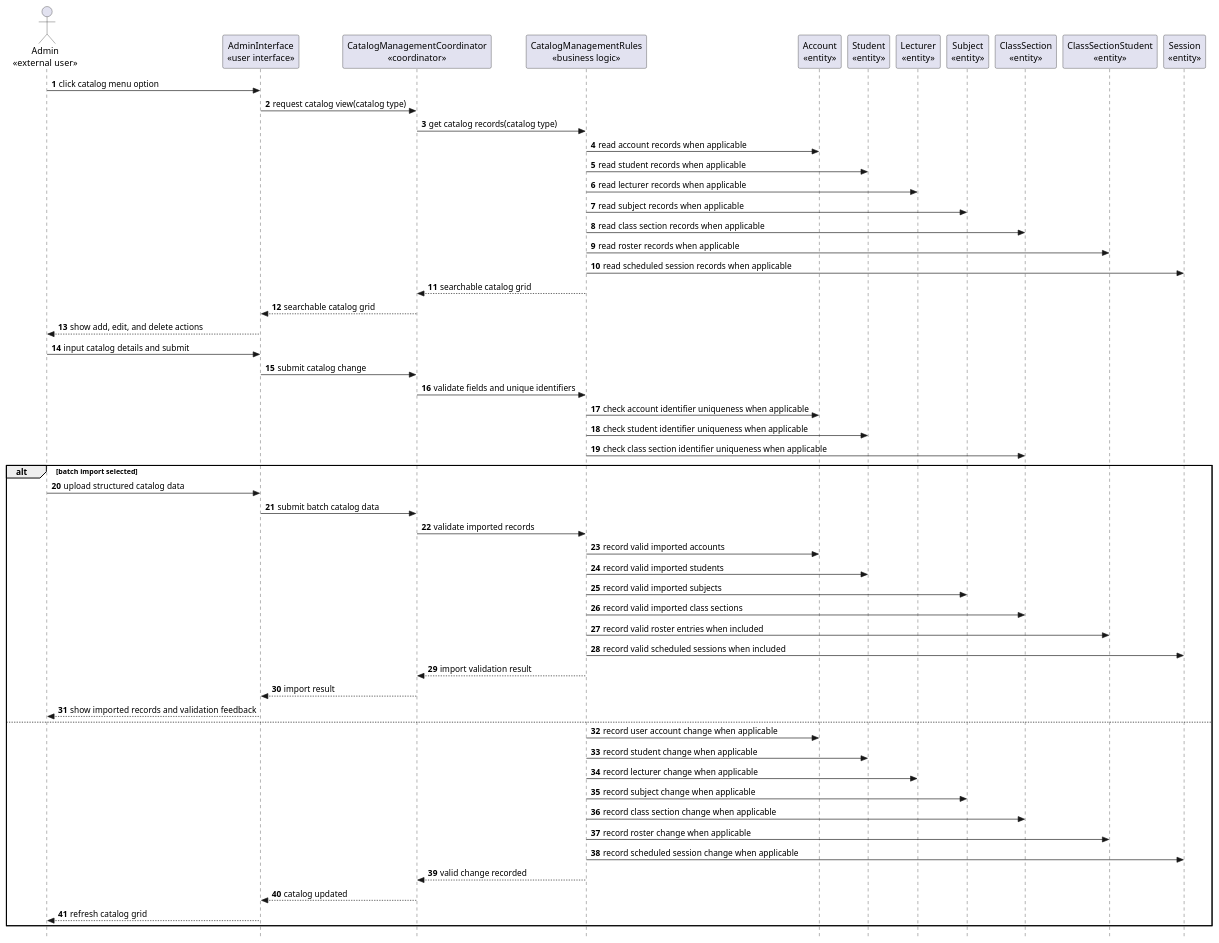
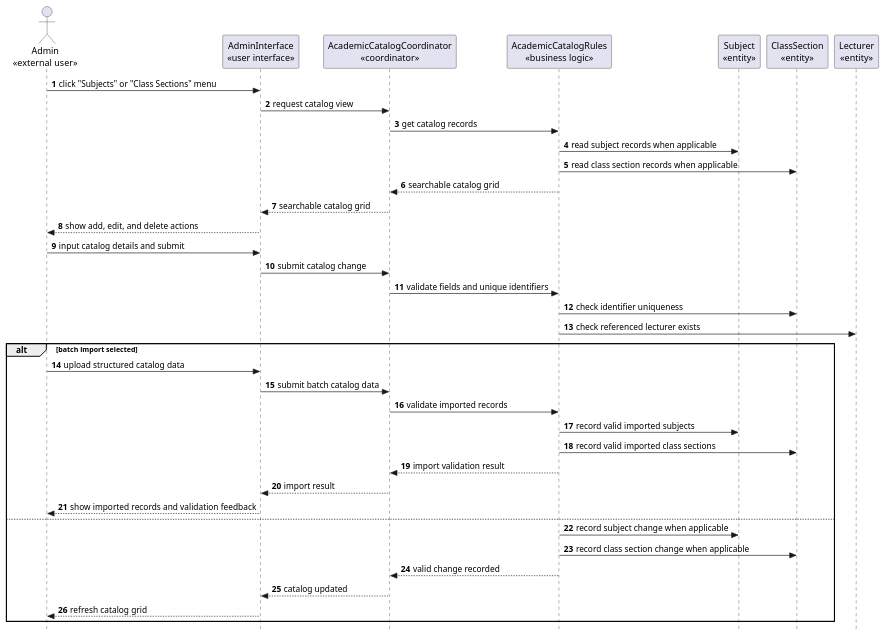
Before and after one commit to nttung42/SWD392: diagram 27 of 34 in docs/rds/2_Analysis.md, drawn with PlantUML. The commit also changed other lines of this file and 59 other files, not shown here.

````diff
--- a/docs/rds/2_Analysis.md
+++ b/docs/rds/2_Analysis.md
@@ -996,63 +1133,44 @@
 ```plantuml
 @startuml
 skinparam style strictuml
 autonumber
 actor "Admin\n«external user»" as Admin
 participant "AdminInterface\n«user interface»" as AdminUI
-participant "CatalogManagementCoordinator\n«coordinator»" as CatalogControl
-participant "CatalogManagementRules\n«business logic»" as CatalogRules
-participant "Account\n«entity»" as Account
-participant "Student\n«entity»" as Student
-participant "Lecturer\n«entity»" as Lecturer
+participant "AcademicCatalogCoordinator\n«coordinator»" as CatalogControl
+participant "AcademicCatalogRules\n«business logic»" as CatalogRules
 participant "Subject\n«entity»" as Subject
 participant "ClassSection\n«entity»" as ClassSection
-participant "ClassSectionStudent\n«entity»" as ClassSectionStudent
-participant "Session\n«entity»" as Session
+participant "Lecturer\n«entity»" as Lecturer
 
-Admin -> AdminUI : click catalog menu option
-AdminUI -> CatalogControl : request catalog view(catalog type)
-CatalogControl -> CatalogRules : get catalog records(catalog type)
-CatalogRules -> Account : read account records when applicable
-CatalogRules -> Student : read student records when applicable
-CatalogRules -> Lecturer : read lecturer records when applicable
+Admin -> AdminUI : click "Subjects" or "Class Sections" menu
+AdminUI -> CatalogControl : request catalog view
+CatalogControl -> CatalogRules : get catalog records
 CatalogRules -> Subject : read subject records when applicable
 CatalogRules -> ClassSection : read class section records when applicable
-CatalogRules -> ClassSectionStudent : read roster records when applicable
-CatalogRules -> Session : read scheduled session records when applicable
 CatalogRules --> CatalogControl : searchable catalog grid
 CatalogControl --> AdminUI : searchable catalog grid
 AdminUI --> Admin : show add, edit, and delete actions
 Admin -> AdminUI : input catalog details and submit
 AdminUI -> CatalogControl : submit catalog change
 CatalogControl -> CatalogRules : validate fields and unique identifiers
-CatalogRules -> Account : check account identifier uniqueness when applicable
-CatalogRules -> Student : check student identifier uniqueness when applicable
-CatalogRules -> ClassSection : check class section identifier uniqueness when applicable
+CatalogRules -> ClassSection : check identifier uniqueness
+CatalogRules -> Lecturer : check referenced lecturer exists
 
 alt batch import selected
   Admin -> AdminUI : upload structured catalog data
   AdminUI -> CatalogControl : submit batch catalog data
   CatalogControl -> CatalogRules : validate imported records
-  CatalogRules -> Account : record valid imported accounts
-  CatalogRules -> Student : record valid imported students
   CatalogRules -> Subject : record valid imported subjects
   CatalogRules -> ClassSection : record valid imported class sections
-  CatalogRules -> ClassSectionStudent : record valid roster entries when included
-  CatalogRules -> Session : record valid scheduled sessions when included
   CatalogRules --> CatalogControl : import validation result
   CatalogControl --> AdminUI : import result
   AdminUI --> Admin : show imported records and validation feedback
 else
-  CatalogRules -> Account : record user account change when applicable
-  CatalogRules -> Student : record student change when applicable
-  CatalogRules -> Lecturer : record lecturer change when applicable
   CatalogRules -> Subject : record subject change when applicable
   CatalogRules -> ClassSection : record class section change when applicable
-  CatalogRules -> ClassSectionStudent : record roster change when applicable
-  CatalogRules -> Session : record scheduled session change when applicable
   CatalogRules --> CatalogControl : valid change recorded
   CatalogControl --> AdminUI : catalog updated
   AdminUI --> Admin : refresh catalog grid
 end
 @enduml
 ```
````
